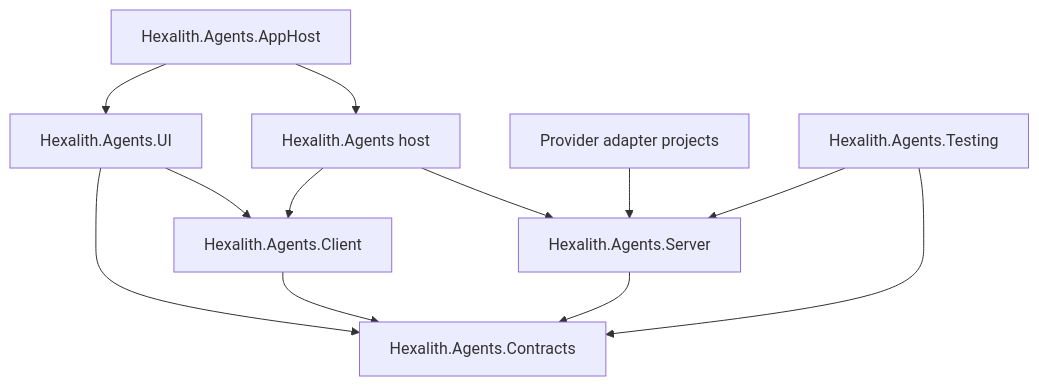
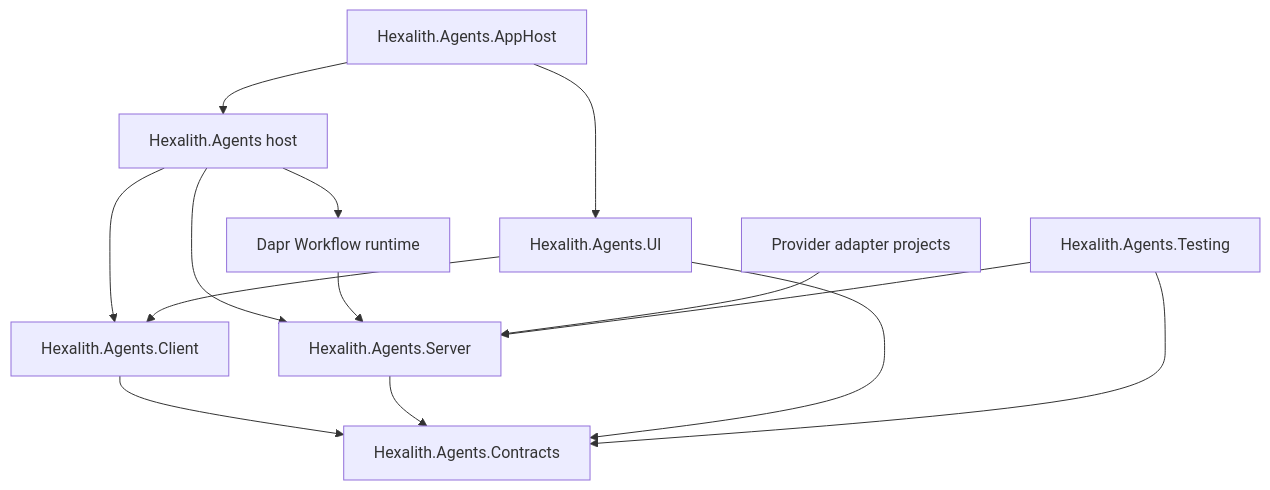
One commit to Hexalith/Hexalith.Agents changed the second of 4 diagrams in _bmad-output/planning-artifacts/architecture/architecture-agents-2026-06-23-2/ARCHITECTURE-SPINE.md. Above: the diagram before and after it, drawn with Mermaid. The commit also changed other lines of this file and 10 other files, not shown here.

````diff
--- a/_bmad-output/planning-artifacts/architecture/architecture-agents-2026-06-23-2/ARCHITECTURE-SPINE.md
+++ b/_bmad-output/planning-artifacts/architecture/architecture-agents-2026-06-23-2/ARCHITECTURE-SPINE.md
@@ -158,23 +170,26 @@
 ```mermaid
 flowchart TB
   Contracts[Hexalith.Agents.Contracts]
   Client[Hexalith.Agents.Client]
   Server[Hexalith.Agents.Server]
   Host[Hexalith.Agents host]
   UI[Hexalith.Agents.UI]
+  Workflow[Dapr Workflow runtime]
   ProviderAdapters[Provider adapter projects]
   Testing[Hexalith.Agents.Testing]
   AppHost[Hexalith.Agents.AppHost]
 
   Client --> Contracts
   Server --> Contracts
   Host --> Server
   Host --> Client
+  Host --> Workflow
+  Workflow --> Server
   UI --> Client
   UI --> Contracts
   ProviderAdapters --> Server
   Testing --> Contracts
   Testing --> Server
   AppHost --> Host
   AppHost --> UI
 ```
````
